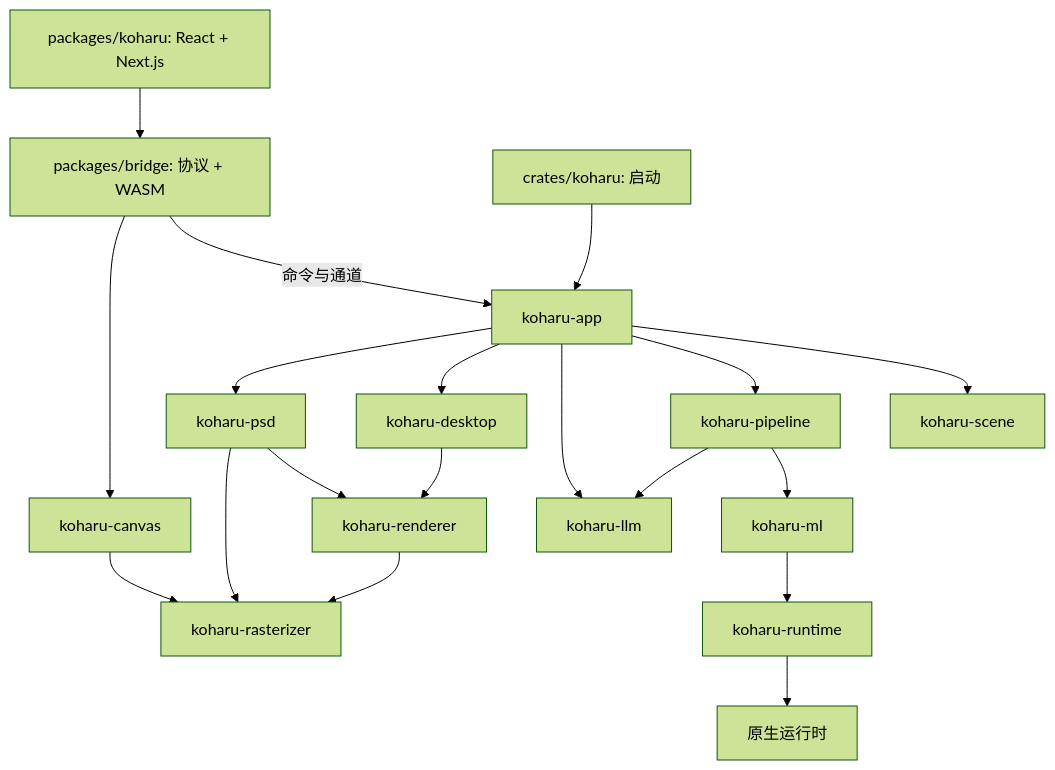
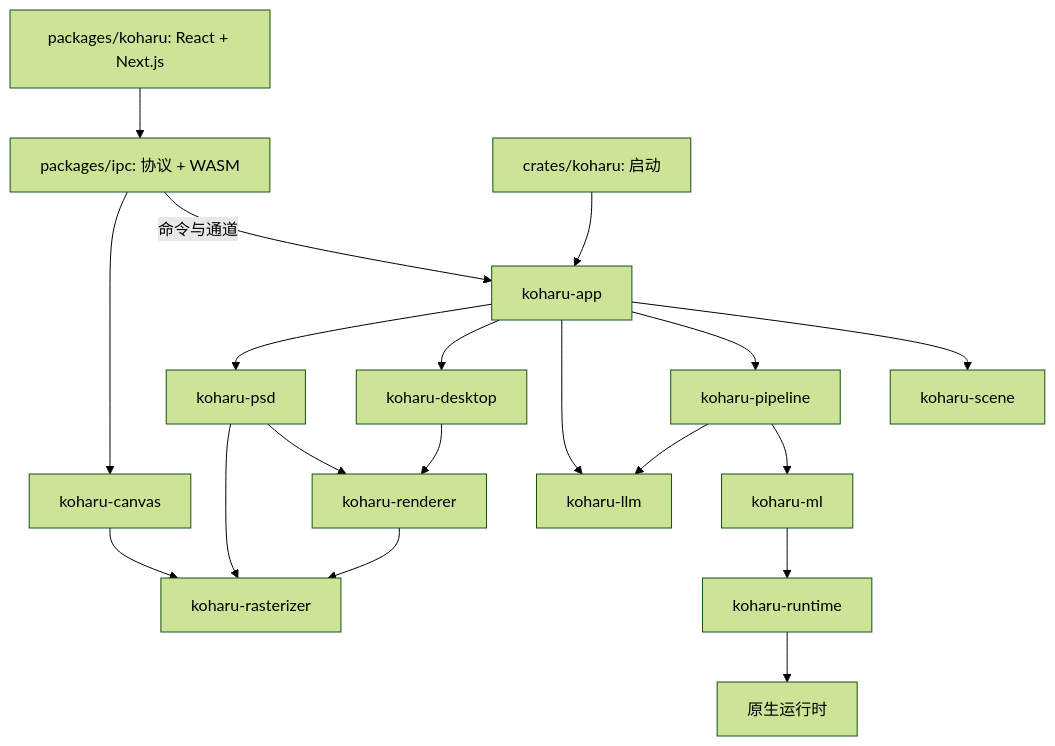
Before and after one commit to Endymi0n74/Koharu: the diagram in packages/docs/zh/development/architecture.mdx, drawn with Mermaid (forest theme). The commit also changed other lines of this file and 76 other files, not shown here.

Commit message:
refactor!: own the window on the main thread, trace every command through headers and every run in the pipeline, name commands verb plus noun, rename the bridge package to ipc, and list projects by last change

````diff
--- a/packages/docs/zh/development/architecture.mdx
+++ b/packages/docs/zh/development/architecture.mdx
@@ -9,14 +9,14 @@
 ```mermaid
 flowchart TB
-  ui["packages/koharu: React + Next.js"] --> bridge["packages/bridge: 协议 + WASM"]
+  ui["packages/koharu: React + Next.js"] --> ipc["packages/ipc: 协议 + WASM"]
   entry["crates/koharu: 启动"] --> app["koharu-app"]
-  bridge -->|"命令与通道"| app
+  ipc -->|"命令与通道"| app
   app --> scene["koharu-scene"]
   app --> pipeline["koharu-pipeline"] --> ml["koharu-ml"] --> runtime["koharu-runtime"] --> native["原生运行时"]
   app --> llm["koharu-llm"]
   pipeline --> llm
   app --> desktop["koharu-desktop"] --> renderer["koharu-renderer"] --> rasterizer["koharu-rasterizer"]
-  bridge --> canvas["koharu-canvas"] --> rasterizer
+  ipc --> canvas["koharu-canvas"] --> rasterizer
   app --> psd["koharu-psd"] --> renderer
   psd --> rasterizer
 ```
````
